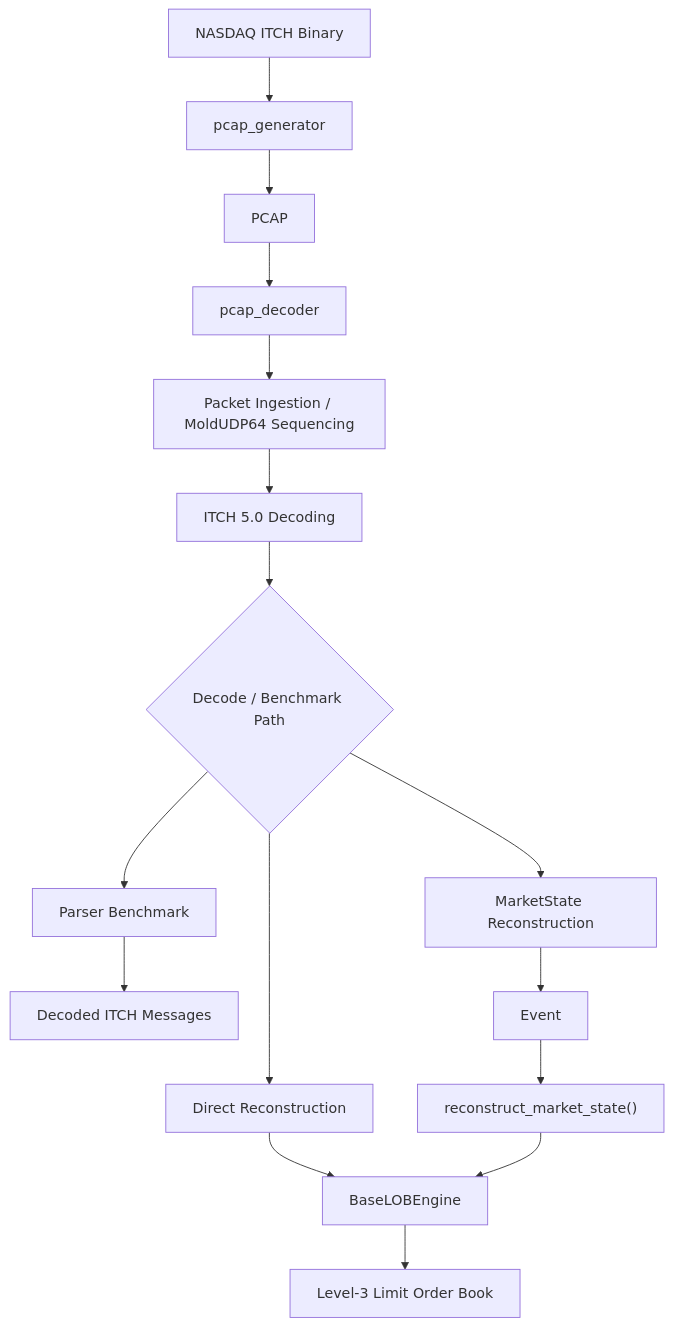
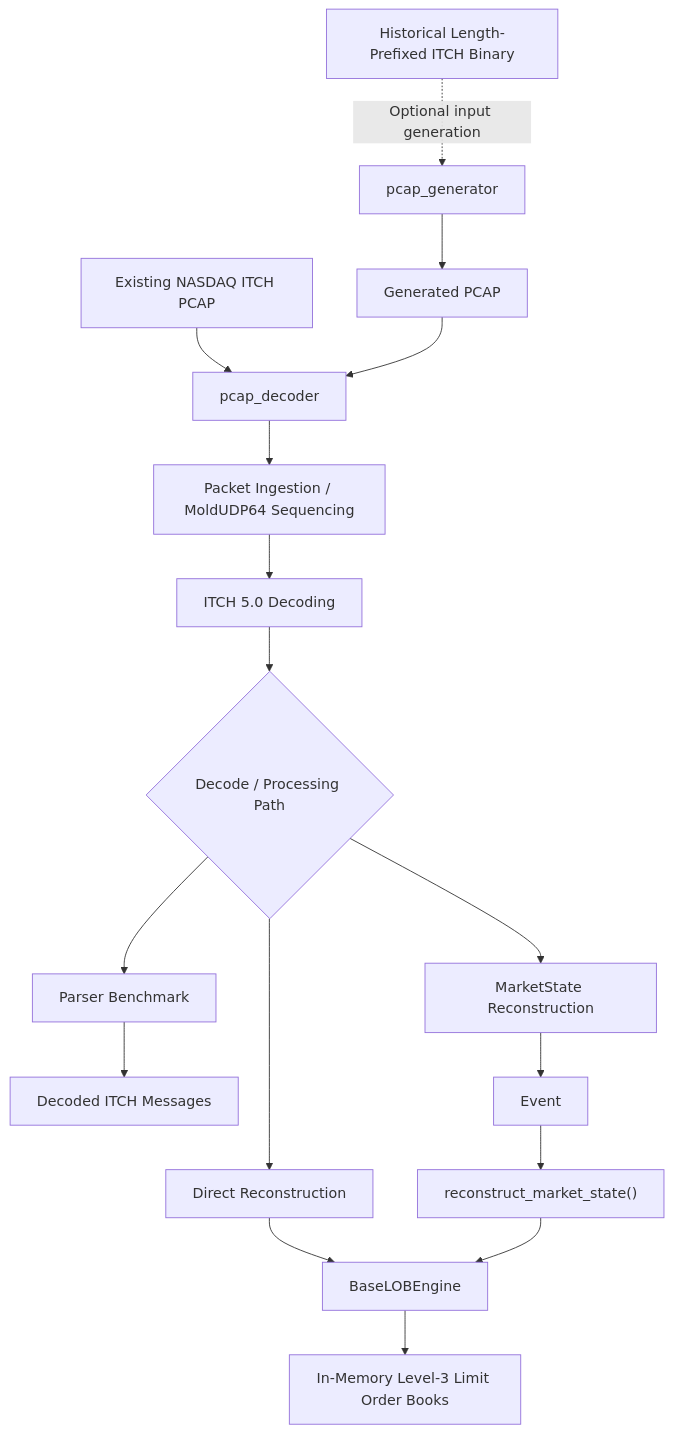
The diagram in README.md (pankajj6/pcap_feed_decoder), drawn with Mermaid before and after one commit.

Commit message:
docs: revise architecture diagram

````diff
--- a/README.md
+++ b/README.md
@@ -87,28 +87,32 @@
 ``` mermaid
+
 flowchart TD
 
-    A["NASDAQ ITCH Binary"]
-        --> B["pcap_generator"]
+    A["Existing NASDAQ ITCH PCAP"]
+        --> D["pcap_decoder"]
 
-    B --> C["PCAP"]
+    B["Historical Length-Prefixed ITCH Binary"]
+        -. "Optional input generation" .-> C["pcap_generator"]
 
-    C --> D["pcap_decoder"]
+    C --> E["Generated PCAP"]
+    E --> D
 
-    D --> E["Packet Ingestion / MoldUDP64 Sequencing"]
-    E --> F["ITCH 5.0 Decoding"]
+    D --> F["Packet Ingestion / MoldUDP64 Sequencing"]
+    F --> G["ITCH 5.0 Decoding"]
 
-    F --> G{"Decode / Benchmark Path"}
+    G --> H{"Decode / Processing Path"}
 
-    G --> H["Parser Benchmark"]
-    G --> I["Direct Reconstruction"]
-    G --> J["MarketState Reconstruction"]
+    H --> I["Parser Benchmark"]
+    H --> J["Direct Reconstruction"]
+    H --> K["MarketState Reconstruction"]
 
-    H --> K["Decoded ITCH Messages"]
+    I --> L["Decoded ITCH Messages"]
 
-    I --> L["BaseLOBEngine"]
-    J --> M["Event"]
-    M --> N["reconstruct_market_state()"]
-    N --> L
+    J --> M["BaseLOBEngine"]
+    K --> N["Event"]
+    N --> O["reconstruct_market_state()"]
+    O --> M
 
-    L --> O["Level-3 Limit Order Book"]
+    M --> P["In-Memory Level-3 Limit Order Books"]
+
 ```
````
